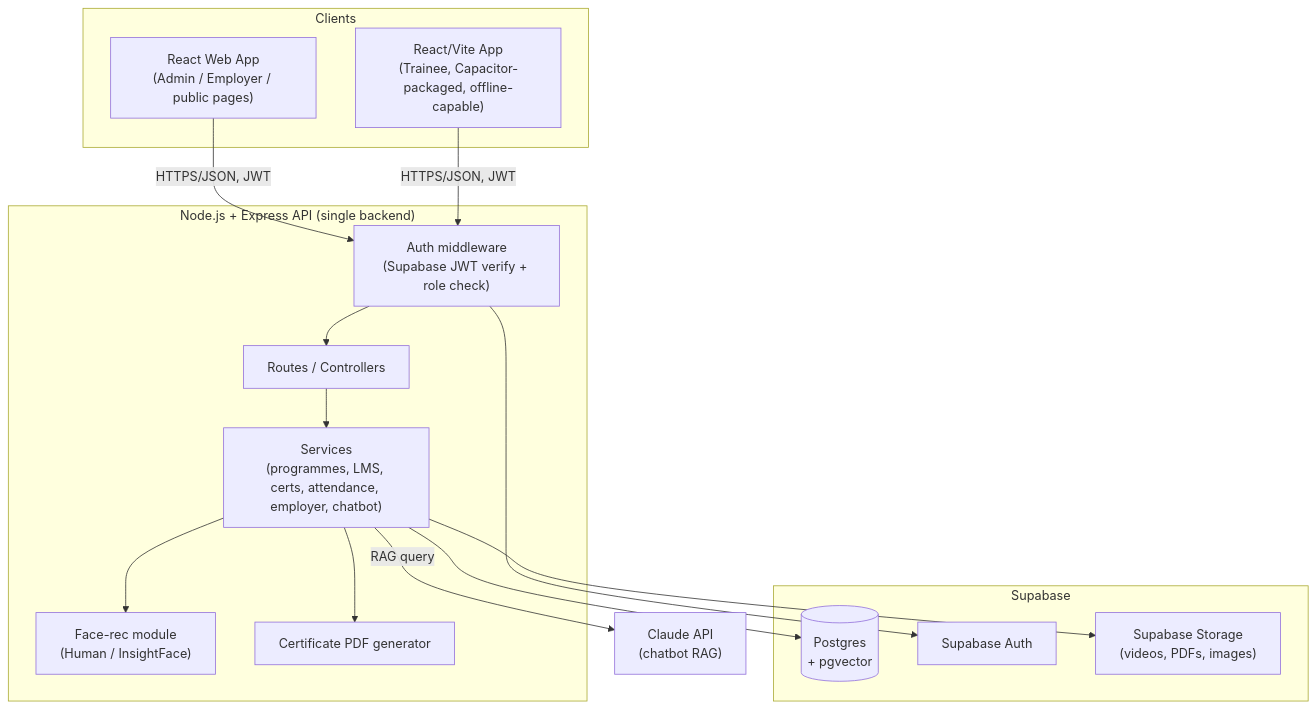
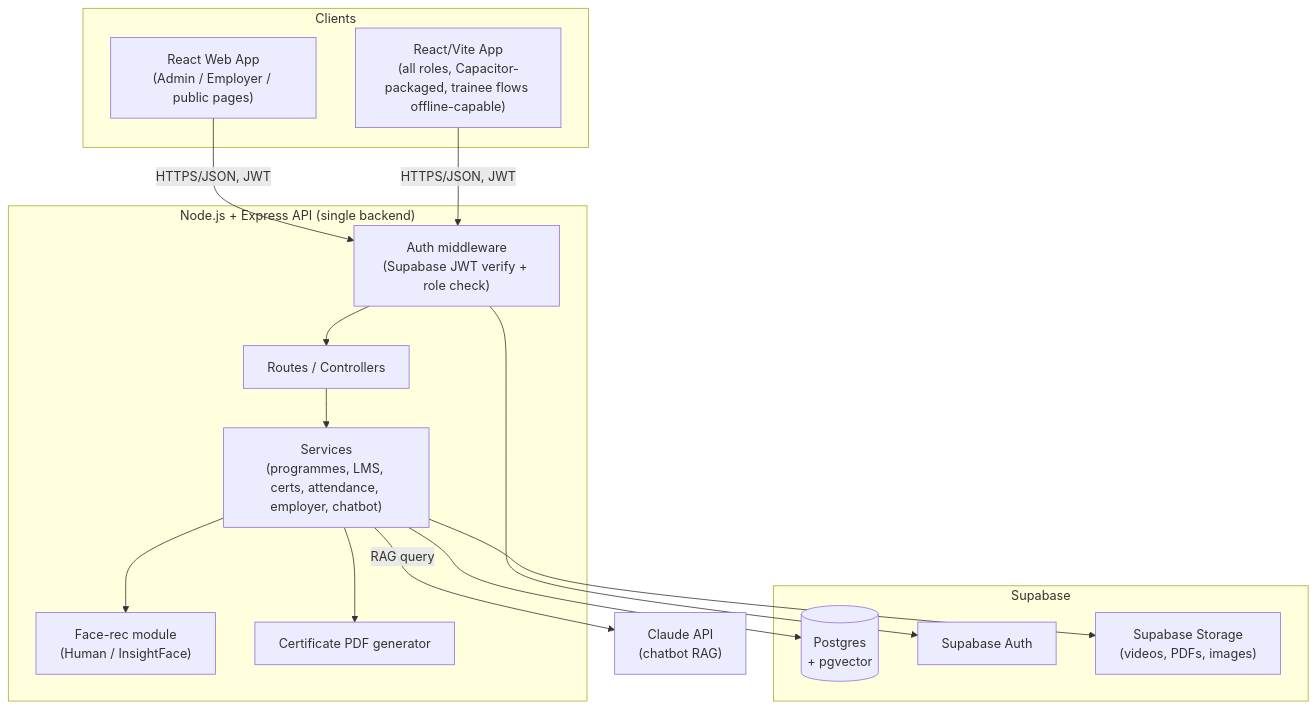
Before and after one commit to ShashankPonna/NCCT-platform: the diagram in docs/ARCHITECTURE.md, drawn with Mermaid. The commit also changed other lines of this file and 34 other files, not shown here.

````diff
--- a/docs/ARCHITECTURE.md
+++ b/docs/ARCHITECTURE.md
@@ -11,33 +11,33 @@
 ```mermaid
 flowchart TB
     subgraph Clients
         Web["React Web App\n(Admin / Employer / public pages)"]
-        Mobile["React/Vite App\n(Trainee, Capacitor-packaged, offline-capable)"]
+        Mobile["React/Vite App\n(all roles, Capacitor-packaged, trainee flows offline-capable)"]
     end
 
     subgraph Backend["Node.js + Express API (single backend)"]
         Auth["Auth middleware\n(Supabase JWT verify + role check)"]
         Routes["Routes / Controllers"]
         Services["Services\n(programmes, LMS, certs, attendance, employer, chatbot)"]
         FaceRec["Face-rec module\n(Human / InsightFace)"]
         PDF["Certificate PDF generator"]
     end
 
     subgraph Supabase
         PG[("Postgres\n+ pgvector")]
         SAuth["Supabase Auth"]
         Storage["Supabase Storage\n(videos, PDFs, images)"]
     end
 
     ClaudeAPI["Claude API\n(chatbot RAG)"]
 
     Web -->|HTTPS/JSON, JWT| Auth
     Mobile -->|HTTPS/JSON, JWT| Auth
     Auth --> Routes --> Services
     Services --> FaceRec
     Services --> PDF
     Services --> PG
     Services --> Storage
     Auth --> SAuth
     Services -->|RAG query| ClaudeAPI
 ```
````
